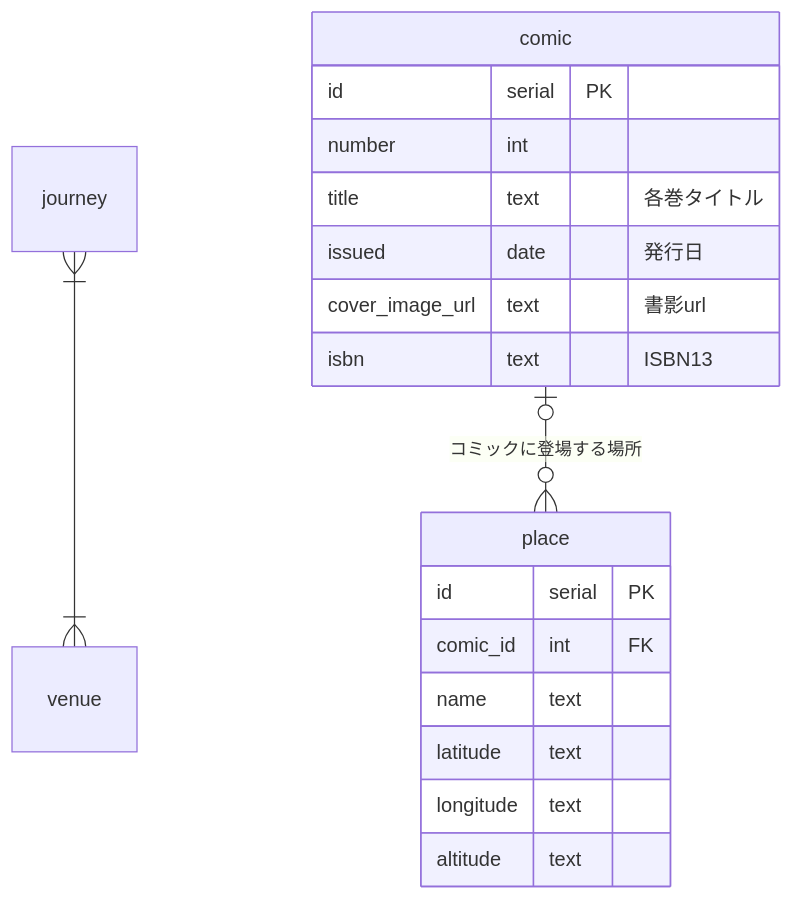
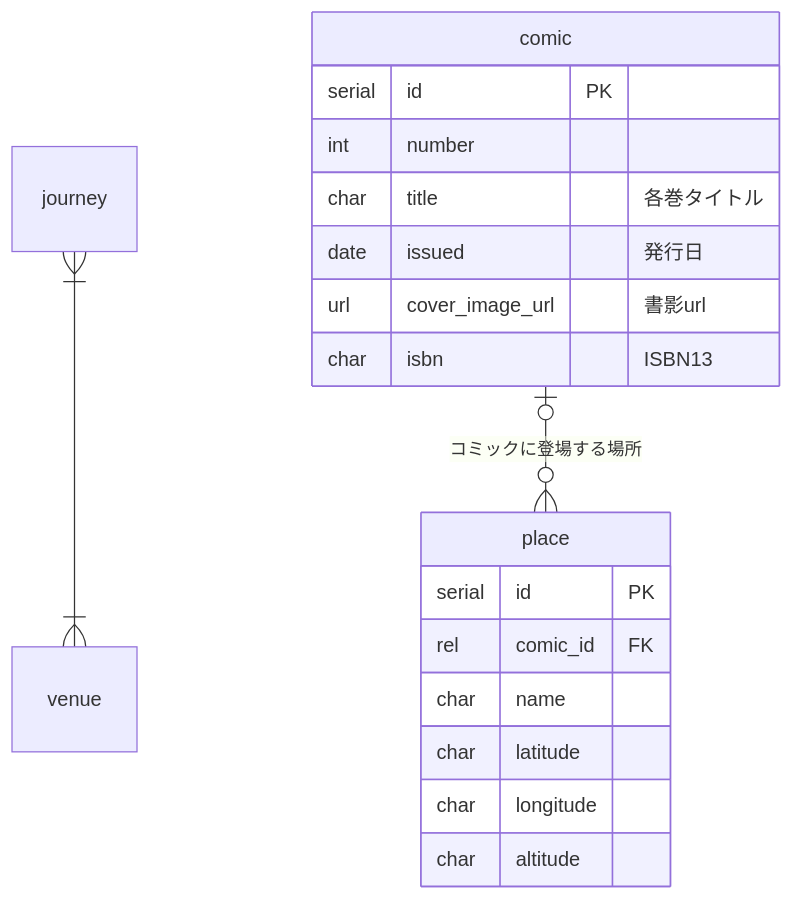
Before and after one commit to isnot/mermaid2django: the diagram in README.md, drawn with Mermaid. The commit also changed other lines of this file and 1 other file, not shown here.

Commit message:
docs: update: fix

````diff
--- a/README.md
+++ b/README.md
@@ -77,30 +79,30 @@
 ```mermaid
 erDiagram
     journey }|--|{ venue : ""
     comic |o--o{ place : "コミックに登場する場所"
 
 %% comic コミック単行本 1巻、2巻、…
 comic {
-    id serial PK
+    serial id PK
     %% 第n巻
-    number int
+    int number
     %% 例：ざつ旅-That's Journey- 1
-    title text "各巻タイトル"
+    char title "各巻タイトル"
     %% 巻末の奥付にある、初版発行日
-    issued date "発行日"
+    date issued "発行日"
     %% 版元ドットコムの書誌情報DBより
-    cover_image_url text "書影url"
-    isbn text "ISBN13"
+    url cover_image_url "書影url"
+    char isbn "ISBN13"
 }
 
 %% place 場所 例:東京タワー、等
 place {
-    id serial PK
-    %% comic コミックに登場する場所
-    comic_id int FK
-    name text
-    latitude text
-    longitude text
-    altitude text
+    serial id PK
+    %% comic place コミックに登場する場所
+    rel comic_id FK
+    char name
+    char latitude
+    char longitude
+    char altitude
 }
 ```
````
